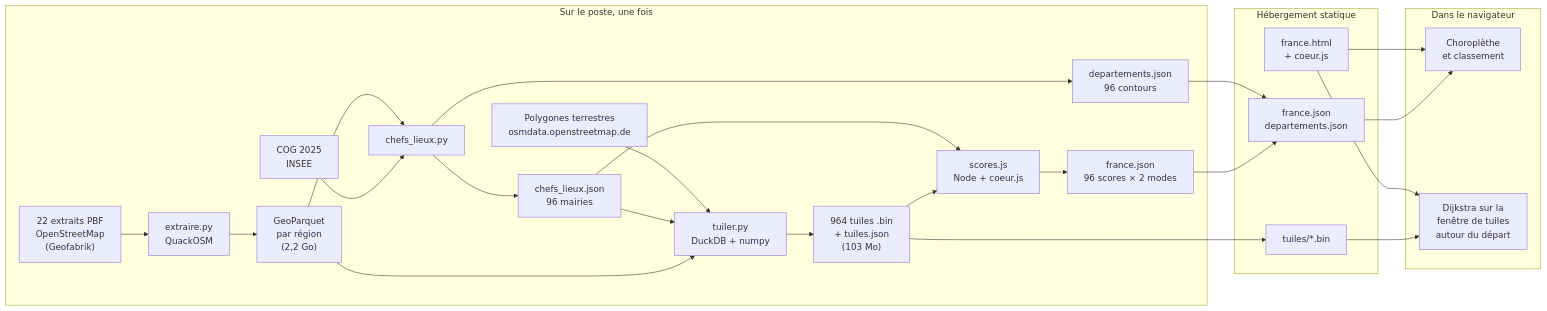
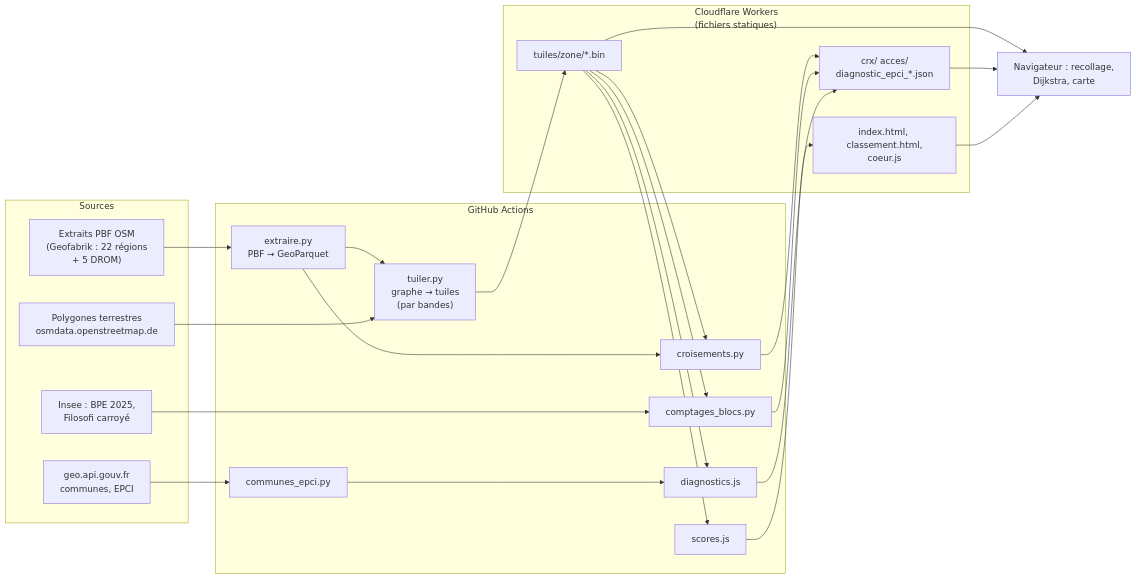
Before and after one commit to aurelienchaumet/portee-velo-france: the first of 6 diagrams in README.md, drawn with Mermaid. The commit also changed other lines of this file, not shown here.

Commit message:
README : méthodologie de la version France entière (territoires, tuilage par bandes, format, calcul, blocs, diagnostics, classement, Actions et Cloudflare), schémas Mermaid

````diff
--- a/README.md
+++ b/README.md
@@ -39,34 +48,36 @@
 ```mermaid
 flowchart LR
-    subgraph poste["Sur le poste, une fois"]
-        PBF["22 extraits PBF<br/>OpenStreetMap<br/>(Geofabrik)"] --> X["extraire.py<br/>QuackOSM"]
-        X --> GP["GeoParquet<br/>par région<br/>(2,2 Go)"]
-        COG["COG 2025<br/>INSEE"] --> CL["chefs_lieux.py"]
-        GP --> CL
-        CL --> CLJ["chefs_lieux.json<br/>96 mairies"]
-        CL --> DEP["departements.json<br/>96 contours"]
-        GP --> T["tuiler.py<br/>DuckDB + numpy"]
-        CLJ --> T
-        TERRE["Polygones terrestres<br/>osmdata.openstreetmap.de"] --> T
-        T --> TU["964 tuiles .bin<br/>+ tuiles.json<br/>(103 Mo)"]
-        TU --> S["scores.js<br/>Node + coeur.js"]
-        CLJ --> S
-        S --> FR["france.json<br/>96 scores × 2 modes"]
+    subgraph sources["Sources"]
+        OSM["Extraits PBF OSM<br/>(Geofabrik : 22 régions<br/>+ 5 DROM)"]
+        TERRE["Polygones terrestres<br/>osmdata.openstreetmap.de"]
+        INSEE["Insee : BPE 2025,<br/>Filosofi carroyé"]
+        GEO["geo.api.gouv.fr<br/>communes, EPCI"]
     end
-    subgraph web["Hébergement statique"]
-        TU2["tuiles/*.bin"]
-        FR2["france.json<br/>departements.json"]
-        H["france.html<br/>+ coeur.js"]
+    subgraph actions["GitHub Actions"]
+        X["extraire.py<br/>PBF → GeoParquet"]
+        T["tuiler.py<br/>graphe → tuiles<br/>(par bandes)"]
+        CR["croisements.py"]
+        CO["comptages_blocs.py"]
+        CE["communes_epci.py"]
+        DI["diagnostics.js"]
+        SC["scores.js"]
     end
-    subgraph nav["Dans le navigateur"]
-        C["Choroplèthe<br/>et classement"]
-        D["Dijkstra sur la<br/>fenêtre de tuiles<br/>autour du départ"]
+    subgraph cf["Cloudflare Workers<br/>(fichiers statiques)"]
+        TU["tuiles/zone/*.bin"]
+        BL["crx/ acces/<br/>diagnostic_epci_*.json"]
+        PG["index.html, classement.html,<br/>coeur.js"]
     end
-    TU --> TU2
-    FR --> FR2
-    DEP --> FR2
-    FR2 --> C
-    TU2 --> D
-    H --> C
-    H --> D
+    NAV["Navigateur : recollage,<br/>Dijkstra, carte"]
+    OSM --> X --> T --> TU
+    TERRE --> T
+    X --> CR --> BL
+    INSEE --> CO --> BL
+    TU --> CR
+    TU --> CO
+    GEO --> CE --> DI --> BL
+    TU --> DI
+    TU --> SC --> PG
+    TU --> NAV
+    BL --> NAV
+    PG --> NAV
 ```
````
